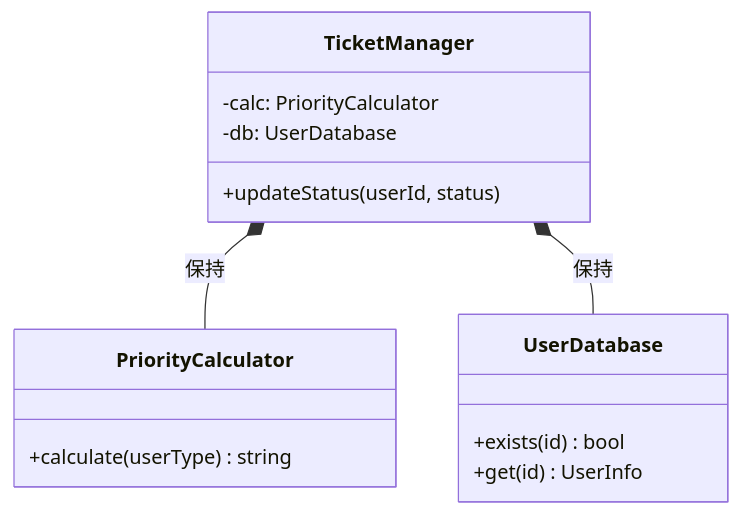
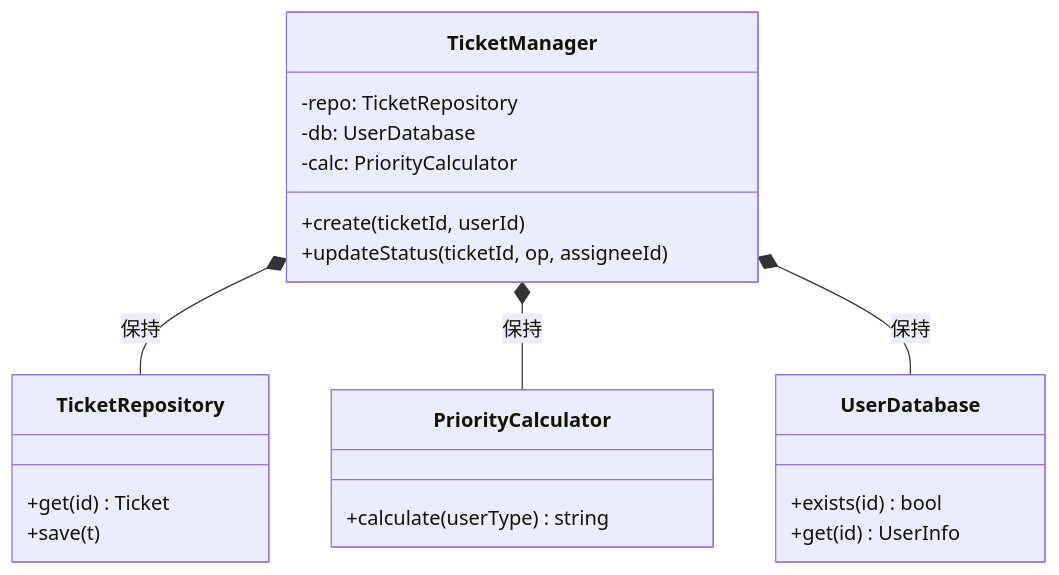
Before and after one commit to kumachan1101-pixel/DesignPattern: the fourth of 15 diagrams in kindle/design-patterns/output/chapter09_2.md, drawn with Mermaid. The commit also changed other lines of this file and 1 other file, not shown here.

````diff
--- a/kindle/design-patterns/output/chapter09_2.md
+++ b/kindle/design-patterns/output/chapter09_2.md
@@ -190,17 +198,24 @@
 ```mermaid
 classDiagram
     class TicketManager {
+        -repo: TicketRepository
+        -db: UserDatabase
         -calc: PriorityCalculator
-        -db: UserDatabase
-        +updateStatus(userId, status)
+        +create(ticketId, userId)
+        +updateStatus(ticketId, op, assigneeId)
+    }
+    class TicketRepository {
+        +get(id) Ticket
+        +save(t)
     }
     class PriorityCalculator {
         +calculate(userType) string
     }
     class UserDatabase {
         +exists(id) bool
         +get(id) UserInfo
     }
+    TicketManager *-- TicketRepository : 保持
     TicketManager *-- PriorityCalculator : 保持
     TicketManager *-- UserDatabase : 保持
 ```
````
